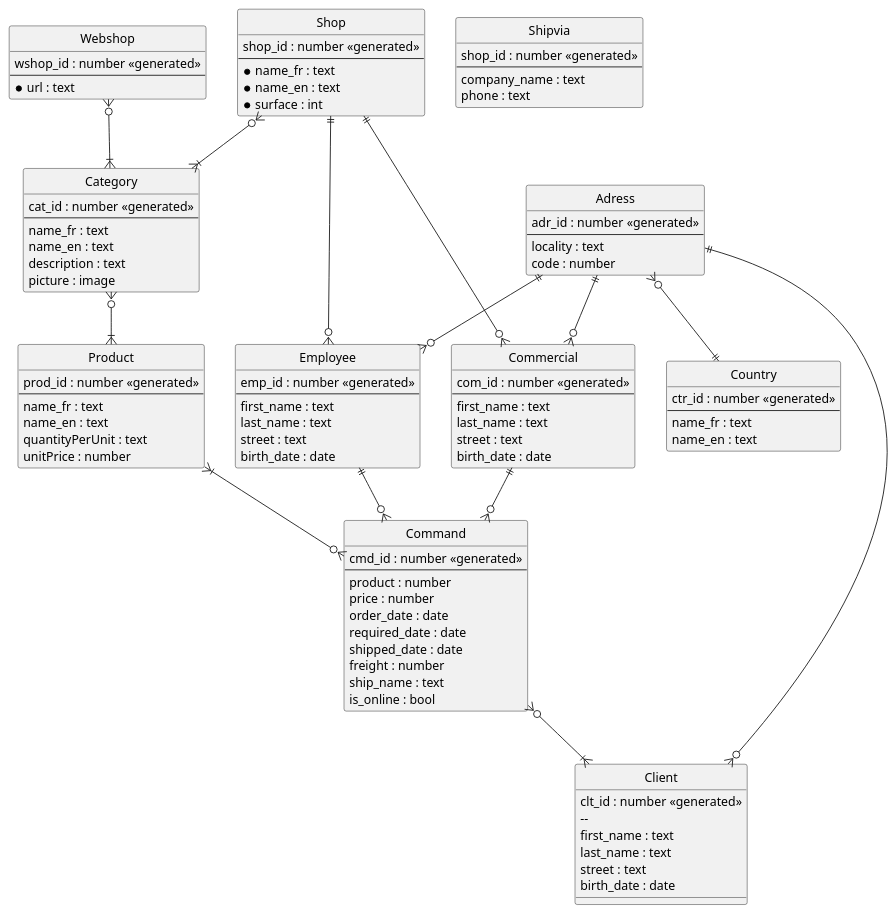
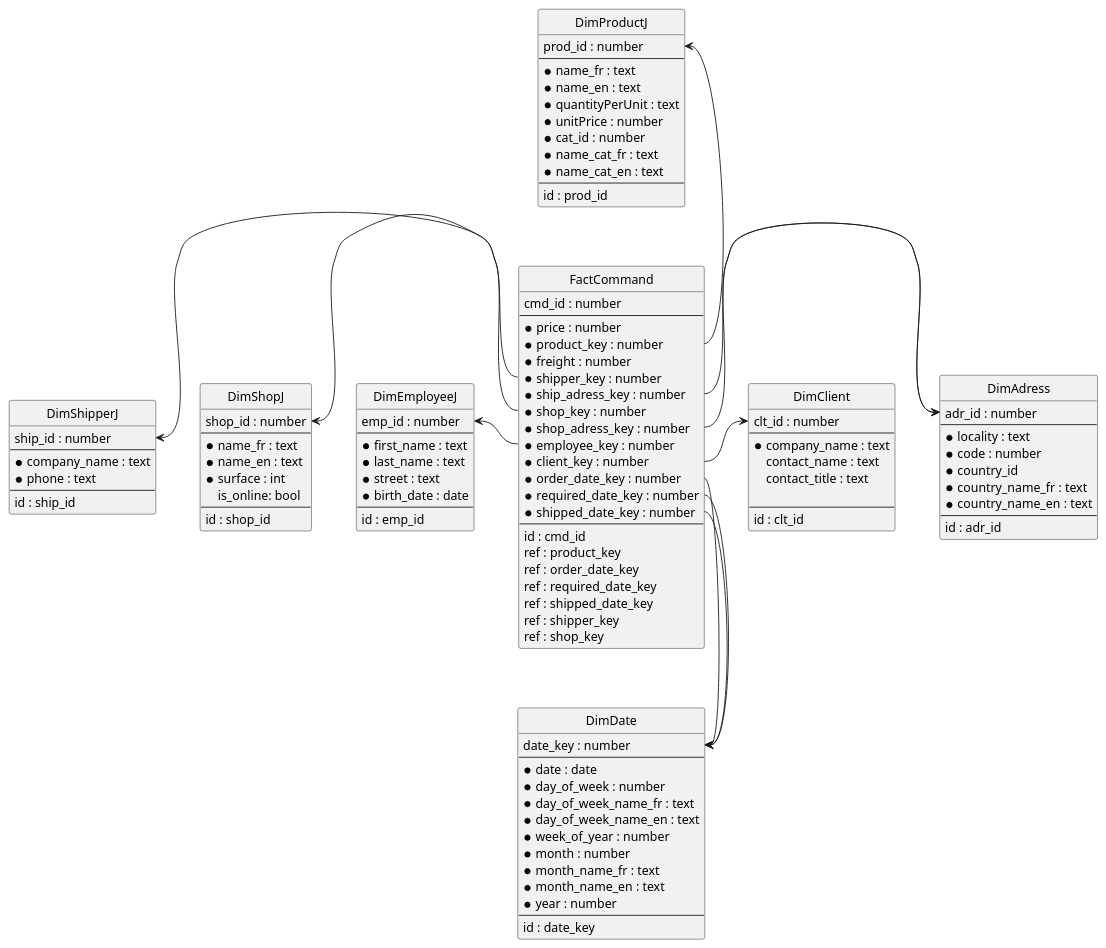
One commit to vsantele/IG3-Projet-BI changed the diagram in schema/db.puml. Above: the diagram before and after it, drawn with PlantUML. The commit also changed 1 other file, not shown here.

```diff
--- a/schema/db.puml
+++ b/schema/db.puml
@@ -1,106 +1,140 @@
 @startuml db
 hide circle
 
-entity "Shop" as shop{
-    shop_id : number <<generated>>
+entity "DimShopJ" as shop{
+    shop_id : number
     --
     *name_fr : text
     *name_en : text
     *surface : int
+    is_online: bool
+    --
+    id : shop_id
 }
 
-entity "Webshop" as wshop{
-    wshop_id : number <<generated>>
+' entity "DimWebshop" as wshop{
+'     wshop_id : number <<generated>>
+'     --
+'     *url : text
+' }
+
+entity "DimEmployeeJ" as emp {
+    emp_id : number
     --
-    *url : text
+    *first_name : text
+    *last_name : text
+    *street : text
+    *birth_date : date
+    --
+    id : emp_id
 }
 
-entity "Employee" as emp {
-    emp_id : number <<generated>>
+
+entity "DimClient" as clt {
+	clt_id : number
+--
+    *company_name : text
+    contact_name : text
+    contact_title : text
+
+--
+    id : clt_id
+}
+entity "DimShipperJ" as shp{
+    ship_id : number
     --
-    first_name : text
-    last_name : text
-    street : text
-    birth_date : date
+    *company_name : text
+    *phone : text
+    --
+    id : ship_id
 }
 
-entity "Commercial" as com {
-    com_id : number <<generated>>
+entity "DimProductJ" as prod {
+    prod_id : number
     --
-    first_name : text
-    last_name : text
-    street : text
-    birth_date : date
+    *name_fr : text
+    *name_en : text
+    *quantityPerUnit : text
+    *unitPrice : number
+    *cat_id : number
+    *name_cat_fr : text
+    *name_cat_en : text
+    --
+    id : prod_id
 }
-entity "Client" as clt{
-	clt_id : number <<generated>>
+entity "FactCommand" as cmd{
+    cmd_id : number
     --
-    first_name : text
-    last_name : text
-    street : text
-    birth_date : date
+    *price : number
+    *product_key : number
+    *freight : number
+    *shipper_key : number
+    *ship_adress_key : number
+    *shop_key : number
+    *shop_adress_key : number
+    *employee_key : number
+    *client_key : number
+    *order_date_key : number
+    *required_date_key : number
+    *shipped_date_key : number
+    --
+    id : cmd_id
+    ref : product_key
+    ref : order_date_key
+    ref : required_date_key
+    ref : shipped_date_key
+    ref : shipper_key
+    ref : shop_key
 }
-entity "Shipvia" as shp{
-    shop_id : number <<generated>>
+entity "DimAdress" as adr{
+    adr_id : number
     --
-    company_name : text
-    phone : text
-}
-entity "Category" as cat{
-    cat_id : number <<generated>>
+    *locality : text
+    *code : number
+    *country_id
+    *country_name_fr : text
+    *country_name_en : text
     --
-    name_fr : text
-    name_en : text
-    description : text
-    picture : image
+    id : adr_id
 }
 
-entity "Product" as prod {
-    prod_id : number << generated>>
+entity "DimDate" as date {
+    date_key : number
     --
-    name_fr : text
-    name_en : text
-    quantityPerUnit : text
-    unitPrice : number
-}
-entity "Command" as cmd{
-    cmd_id : number << generated>>
+    *date : date
+    *day_of_week : number
+    *day_of_week_name_fr : text
+    *day_of_week_name_en : text
+    *week_of_year : number
+    *month : number
+    *month_name_fr : text
+    *month_name_en : text
+    *year : number
     --
-    product : number
-    price : number
-    order_date : date
-    required_date : date
-    shipped_date : date
-    freight : number
-    ship_name : text
-    is_online : bool
-}
-entity "Adress" as adr{
-    adr_id : number << generated>>
-    --
-    locality : text
-    code : number
-}
-entity "Country" as ctr{
-    ctr_id : number << generated>>
-    --
-    name_fr : text
-    name_en : text
+    id : date_key
 }
 
-shop ||--o{ emp
-shop ||--o{ com
-shop }o--|{ cat
-wshop }o--|{ cat
-cat }o--|{ prod
-prod }|--o{ cmd
-emp ||--o{ cmd
-com ||--o{ cmd
-cmd }o--|{ clt
-adr }o--|| ctr
-adr ||--o{ emp
-adr ||--o{ com
-adr ||--o{ clt
 
 
-@enduml
+' prod <-- cmd
+' emp <-- cmd
+' clt <-- cmd
+' shp <-- cmd
+' shop <-- cmd
+' ' wshop <-- cmd
+' adr <-- cmd
+' ctr <-- cmd
+' dat <-- cmd
+
+cmd::order_date_key --> date::date_key
+cmd::required_date_key --> date::date_key
+cmd::shipped_date_key --> date::date_key
+cmd::product_key -up-> prod::prod_id
+cmd::employee_key  -left-> emp::emp_id
+cmd::shop_key -left-> shop::shop_id
+cmd::shipper_key -left-> shp::ship_id
+cmd::shop_adress_key -right-> adr::adr_id
+cmd::ship_adress_key --> adr::adr_id
+cmd::client_key -right-> clt::clt_id
+
+@endum
```
